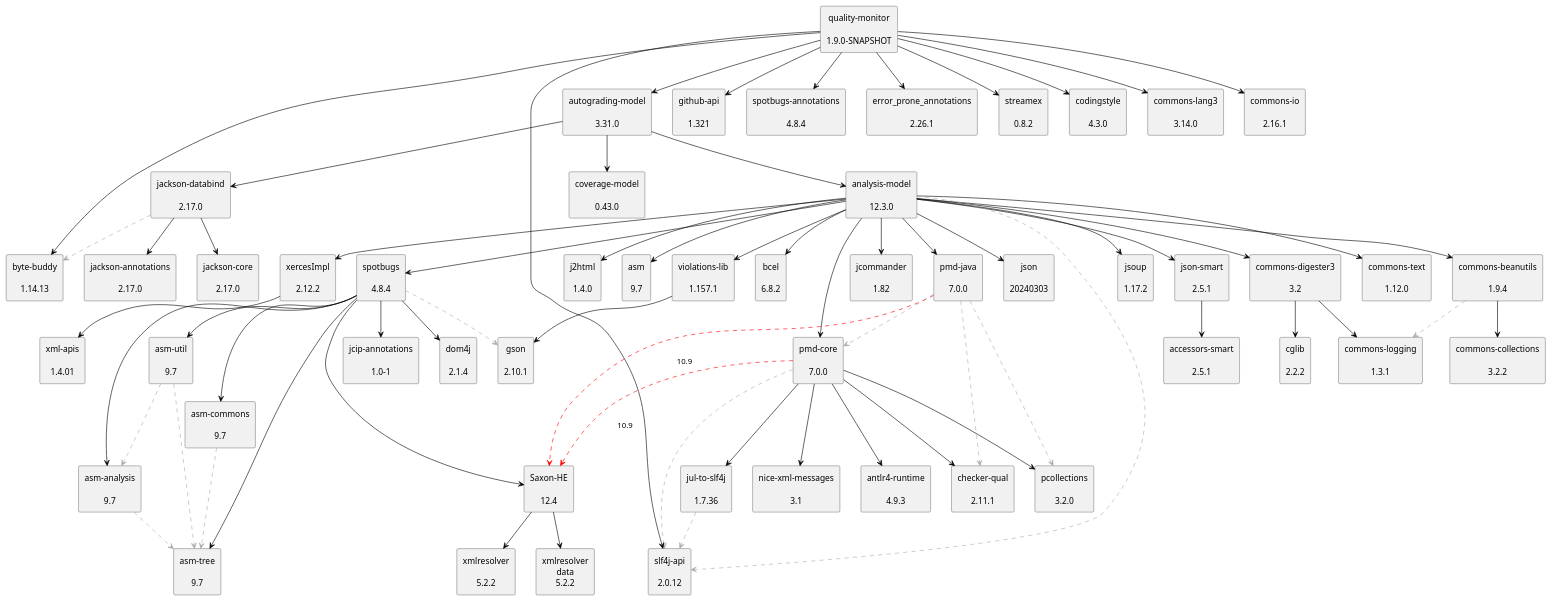
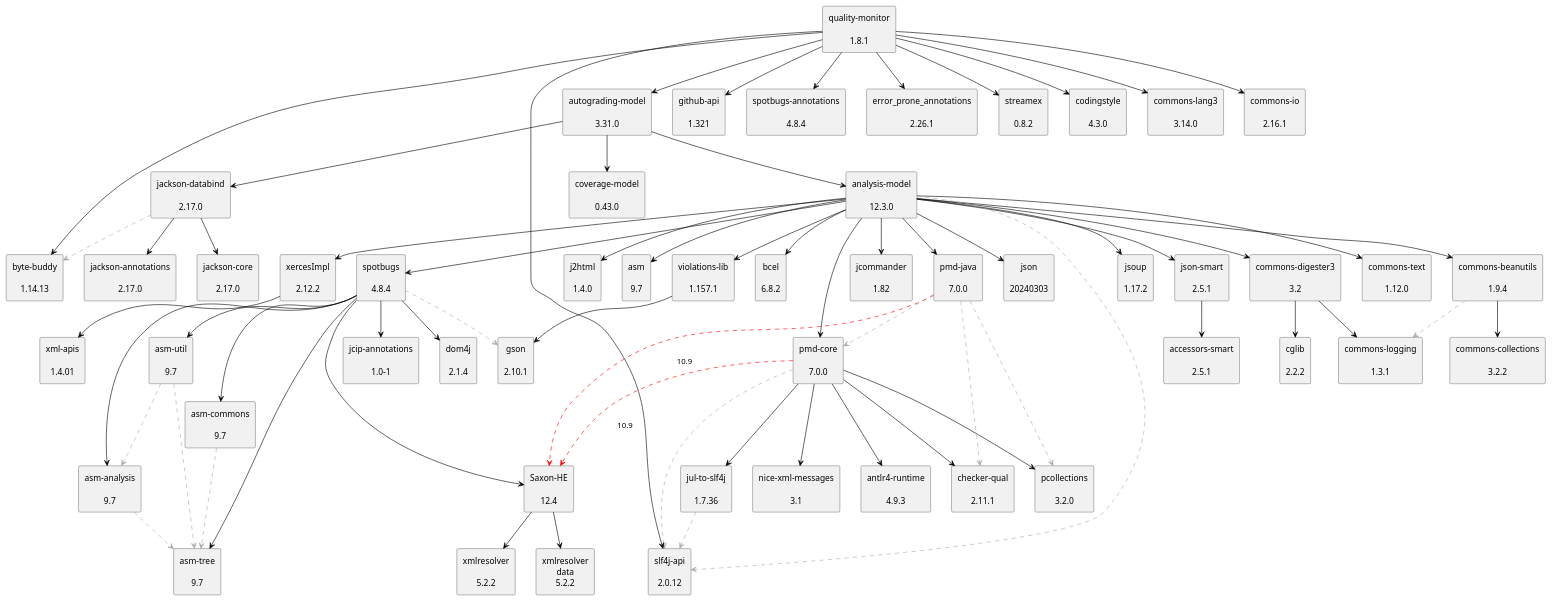
One commit to uhafner/quality-monitor changed the diagram in doc/dependency-graph.puml. Above: the diagram before and after it, drawn with PlantUML. The commit also changed 3 other files, not shown here.

```diff
--- a/doc/dependency-graph.puml
+++ b/doc/dependency-graph.puml
@@ -1,125 +1,125 @@
 @startuml
 skinparam defaultTextAlignment center
 skinparam rectangle {
   BackgroundColor<<optional>> beige
   BackgroundColor<<test>> lightGreen
   BackgroundColor<<runtime>> lightBlue
   BackgroundColor<<provided>> lightGray
 }
 rectangle "analysis-model\n\n12.3.0" as edu_hm_hafner_analysis_model_jar
 rectangle "jsoup\n\n1.17.2" as org_jsoup_jsoup_jar
 rectangle "commons-digester3\n\n3.2" as org_apache_commons_commons_digester3_jar
 rectangle "cglib\n\n2.2.2" as cglib_cglib_jar
 rectangle "commons-logging\n\n1.3.1" as commons_logging_commons_logging_jar
 rectangle "commons-beanutils\n\n1.9.4" as commons_beanutils_commons_beanutils_jar
 rectangle "commons-collections\n\n3.2.2" as commons_collections_commons_collections_jar
 rectangle "commons-text\n\n1.12.0" as org_apache_commons_commons_text_jar
 rectangle "violations-lib\n\n1.157.1" as se_bjurr_violations_violations_lib_jar
 rectangle "gson\n\n2.10.1" as com_google_code_gson_gson_jar
 rectangle "j2html\n\n1.4.0" as com_j2html_j2html_jar
 rectangle "xercesImpl\n\n2.12.2" as xerces_xercesImpl_jar
 rectangle "xml-apis\n\n1.4.01" as xml_apis_xml_apis_jar
 rectangle "asm\n\n9.7" as org_ow2_asm_asm_jar
 rectangle "asm-analysis\n\n9.7" as org_ow2_asm_asm_analysis_jar
 rectangle "asm-tree\n\n9.7" as org_ow2_asm_asm_tree_jar
 rectangle "spotbugs\n\n4.8.4" as com_github_spotbugs_spotbugs_jar
 rectangle "asm-commons\n\n9.7" as org_ow2_asm_asm_commons_jar
 rectangle "asm-util\n\n9.7" as org_ow2_asm_asm_util_jar
 rectangle "jcip-annotations\n\n1.0-1" as com_github_stephenc_jcip_jcip_annotations_jar
 rectangle "dom4j\n\n2.1.4" as org_dom4j_dom4j_jar
 rectangle "Saxon-HE\n\n12.4" as net_sf_saxon_Saxon_HE_jar
 rectangle "xmlresolver\n\n5.2.2" as org_xmlresolver_xmlresolver_jar
 rectangle "xmlresolver\ndata\n5.2.2" as org_xmlresolver_xmlresolver_jar_data
 rectangle "bcel\n\n6.8.2" as org_apache_bcel_bcel_jar
 rectangle "pmd-core\n\n7.0.0" as net_sourceforge_pmd_pmd_core_jar
 rectangle "slf4j-api\n\n2.0.12" as org_slf4j_slf4j_api_jar
 rectangle "jul-to-slf4j\n\n1.7.36" as org_slf4j_jul_to_slf4j_jar
 rectangle "antlr4-runtime\n\n4.9.3" as org_antlr_antlr4_runtime_jar
 rectangle "checker-qual\n\n2.11.1" as org_checkerframework_checker_qual_jar
 rectangle "pcollections\n\n3.2.0" as org_pcollections_pcollections_jar
 rectangle "nice-xml-messages\n\n3.1" as com_github_oowekyala_ooxml_nice_xml_messages_jar
 rectangle "jcommander\n\n1.82" as com_beust_jcommander_jar
 rectangle "pmd-java\n\n7.0.0" as net_sourceforge_pmd_pmd_java_jar
 rectangle "json\n\n20240303" as org_json_json_jar
 rectangle "json-smart\n\n2.5.1" as net_minidev_json_smart_jar
 rectangle "accessors-smart\n\n2.5.1" as net_minidev_accessors_smart_jar
 rectangle "autograding-model\n\n3.31.0" as edu_hm_hafner_autograding_model_jar
 rectangle "coverage-model\n\n0.43.0" as edu_hm_hafner_coverage_model_jar
 rectangle "jackson-databind\n\n2.17.0" as com_fasterxml_jackson_core_jackson_databind_jar
 rectangle "jackson-annotations\n\n2.17.0" as com_fasterxml_jackson_core_jackson_annotations_jar
 rectangle "jackson-core\n\n2.17.0" as com_fasterxml_jackson_core_jackson_core_jar
 rectangle "byte-buddy\n\n1.14.13" as net_bytebuddy_byte_buddy_jar
-rectangle "quality-monitor\n\n1.9.0-SNAPSHOT" as edu_hm_hafner_quality_monitor_jar
+rectangle "quality-monitor\n\n1.8.1" as edu_hm_hafner_quality_monitor_jar
 rectangle "github-api\n\n1.321" as org_kohsuke_github_api_jar
 rectangle "spotbugs-annotations\n\n4.8.4" as com_github_spotbugs_spotbugs_annotations_jar
 rectangle "error_prone_annotations\n\n2.26.1" as com_google_errorprone_error_prone_annotations_jar
 rectangle "streamex\n\n0.8.2" as one_util_streamex_jar
 rectangle "codingstyle\n\n4.3.0" as edu_hm_hafner_codingstyle_jar
 rectangle "commons-lang3\n\n3.14.0" as org_apache_commons_commons_lang3_jar
 rectangle "commons-io\n\n2.16.1" as commons_io_commons_io_jar
 edu_hm_hafner_analysis_model_jar -[#000000]-> org_jsoup_jsoup_jar
 org_apache_commons_commons_digester3_jar -[#000000]-> cglib_cglib_jar
 org_apache_commons_commons_digester3_jar -[#000000]-> commons_logging_commons_logging_jar
 edu_hm_hafner_analysis_model_jar -[#000000]-> org_apache_commons_commons_digester3_jar
 commons_beanutils_commons_beanutils_jar .[#ABABAB].> commons_logging_commons_logging_jar
 commons_beanutils_commons_beanutils_jar -[#000000]-> commons_collections_commons_collections_jar
 edu_hm_hafner_analysis_model_jar -[#000000]-> commons_beanutils_commons_beanutils_jar
 edu_hm_hafner_analysis_model_jar -[#000000]-> org_apache_commons_commons_text_jar
 se_bjurr_violations_violations_lib_jar -[#000000]-> com_google_code_gson_gson_jar
 edu_hm_hafner_analysis_model_jar -[#000000]-> se_bjurr_violations_violations_lib_jar
 edu_hm_hafner_analysis_model_jar -[#000000]-> com_j2html_j2html_jar
 xerces_xercesImpl_jar -[#000000]-> xml_apis_xml_apis_jar
 edu_hm_hafner_analysis_model_jar -[#000000]-> xerces_xercesImpl_jar
 edu_hm_hafner_analysis_model_jar -[#000000]-> org_ow2_asm_asm_jar
 org_ow2_asm_asm_analysis_jar .[#ABABAB].> org_ow2_asm_asm_tree_jar
 com_github_spotbugs_spotbugs_jar -[#000000]-> org_ow2_asm_asm_analysis_jar
 org_ow2_asm_asm_commons_jar .[#ABABAB].> org_ow2_asm_asm_tree_jar
 com_github_spotbugs_spotbugs_jar -[#000000]-> org_ow2_asm_asm_commons_jar
 com_github_spotbugs_spotbugs_jar -[#000000]-> org_ow2_asm_asm_tree_jar
 org_ow2_asm_asm_util_jar .[#ABABAB].> org_ow2_asm_asm_tree_jar
 org_ow2_asm_asm_util_jar .[#ABABAB].> org_ow2_asm_asm_analysis_jar
 com_github_spotbugs_spotbugs_jar -[#000000]-> org_ow2_asm_asm_util_jar
 com_github_spotbugs_spotbugs_jar -[#000000]-> com_github_stephenc_jcip_jcip_annotations_jar
 com_github_spotbugs_spotbugs_jar -[#000000]-> org_dom4j_dom4j_jar
 com_github_spotbugs_spotbugs_jar .[#ABABAB].> com_google_code_gson_gson_jar
 net_sf_saxon_Saxon_HE_jar -[#000000]-> org_xmlresolver_xmlresolver_jar
 net_sf_saxon_Saxon_HE_jar -[#000000]-> org_xmlresolver_xmlresolver_jar_data
 com_github_spotbugs_spotbugs_jar -[#000000]-> net_sf_saxon_Saxon_HE_jar
 edu_hm_hafner_analysis_model_jar -[#000000]-> com_github_spotbugs_spotbugs_jar
 edu_hm_hafner_analysis_model_jar -[#000000]-> org_apache_bcel_bcel_jar
 net_sourceforge_pmd_pmd_core_jar .[#ABABAB].> org_slf4j_slf4j_api_jar
 org_slf4j_jul_to_slf4j_jar .[#ABABAB].> org_slf4j_slf4j_api_jar
 net_sourceforge_pmd_pmd_core_jar -[#000000]-> org_slf4j_jul_to_slf4j_jar
 net_sourceforge_pmd_pmd_core_jar -[#000000]-> org_antlr_antlr4_runtime_jar
 net_sourceforge_pmd_pmd_core_jar .[#FF0000].> net_sf_saxon_Saxon_HE_jar: 10.9
 net_sourceforge_pmd_pmd_core_jar -[#000000]-> org_checkerframework_checker_qual_jar
 net_sourceforge_pmd_pmd_core_jar -[#000000]-> org_pcollections_pcollections_jar
 net_sourceforge_pmd_pmd_core_jar -[#000000]-> com_github_oowekyala_ooxml_nice_xml_messages_jar
 edu_hm_hafner_analysis_model_jar -[#000000]-> net_sourceforge_pmd_pmd_core_jar
 edu_hm_hafner_analysis_model_jar -[#000000]-> com_beust_jcommander_jar
 net_sourceforge_pmd_pmd_java_jar .[#ABABAB].> net_sourceforge_pmd_pmd_core_jar
 net_sourceforge_pmd_pmd_java_jar .[#ABABAB].> org_checkerframework_checker_qual_jar
 net_sourceforge_pmd_pmd_java_jar .[#FF0000].> net_sf_saxon_Saxon_HE_jar: 10.9
 net_sourceforge_pmd_pmd_java_jar .[#ABABAB].> org_pcollections_pcollections_jar
 edu_hm_hafner_analysis_model_jar -[#000000]-> net_sourceforge_pmd_pmd_java_jar
 edu_hm_hafner_analysis_model_jar -[#000000]-> org_json_json_jar
 net_minidev_json_smart_jar -[#000000]-> net_minidev_accessors_smart_jar
 edu_hm_hafner_analysis_model_jar -[#000000]-> net_minidev_json_smart_jar
 edu_hm_hafner_analysis_model_jar .[#ABABAB].> org_slf4j_slf4j_api_jar
 edu_hm_hafner_autograding_model_jar -[#000000]-> edu_hm_hafner_analysis_model_jar
 edu_hm_hafner_autograding_model_jar -[#000000]-> edu_hm_hafner_coverage_model_jar
 com_fasterxml_jackson_core_jackson_databind_jar -[#000000]-> com_fasterxml_jackson_core_jackson_annotations_jar
 com_fasterxml_jackson_core_jackson_databind_jar -[#000000]-> com_fasterxml_jackson_core_jackson_core_jar
 com_fasterxml_jackson_core_jackson_databind_jar .[#ABABAB].> net_bytebuddy_byte_buddy_jar
 edu_hm_hafner_autograding_model_jar -[#000000]-> com_fasterxml_jackson_core_jackson_databind_jar
 edu_hm_hafner_quality_monitor_jar -[#000000]-> edu_hm_hafner_autograding_model_jar
 edu_hm_hafner_quality_monitor_jar -[#000000]-> org_kohsuke_github_api_jar
 edu_hm_hafner_quality_monitor_jar -[#000000]-> org_slf4j_slf4j_api_jar
 edu_hm_hafner_quality_monitor_jar -[#000000]-> com_github_spotbugs_spotbugs_annotations_jar
 edu_hm_hafner_quality_monitor_jar -[#000000]-> com_google_errorprone_error_prone_annotations_jar
 edu_hm_hafner_quality_monitor_jar -[#000000]-> one_util_streamex_jar
 edu_hm_hafner_quality_monitor_jar -[#000000]-> edu_hm_hafner_codingstyle_jar
 edu_hm_hafner_quality_monitor_jar -[#000000]-> org_apache_commons_commons_lang3_jar
 edu_hm_hafner_quality_monitor_jar -[#000000]-> commons_io_commons_io_jar
 edu_hm_hafner_quality_monitor_jar -[#000000]-> net_bytebuddy_byte_buddy_jar
 @enduml
```
